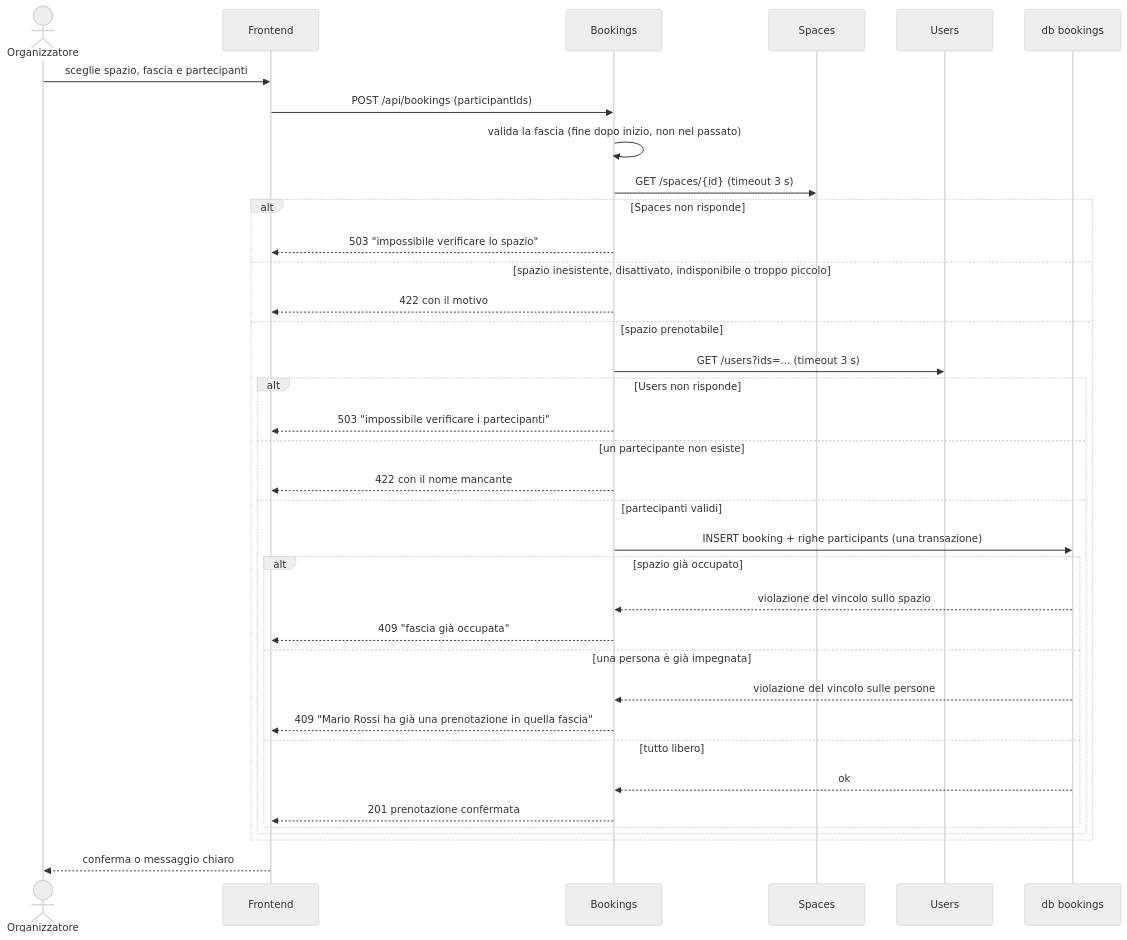
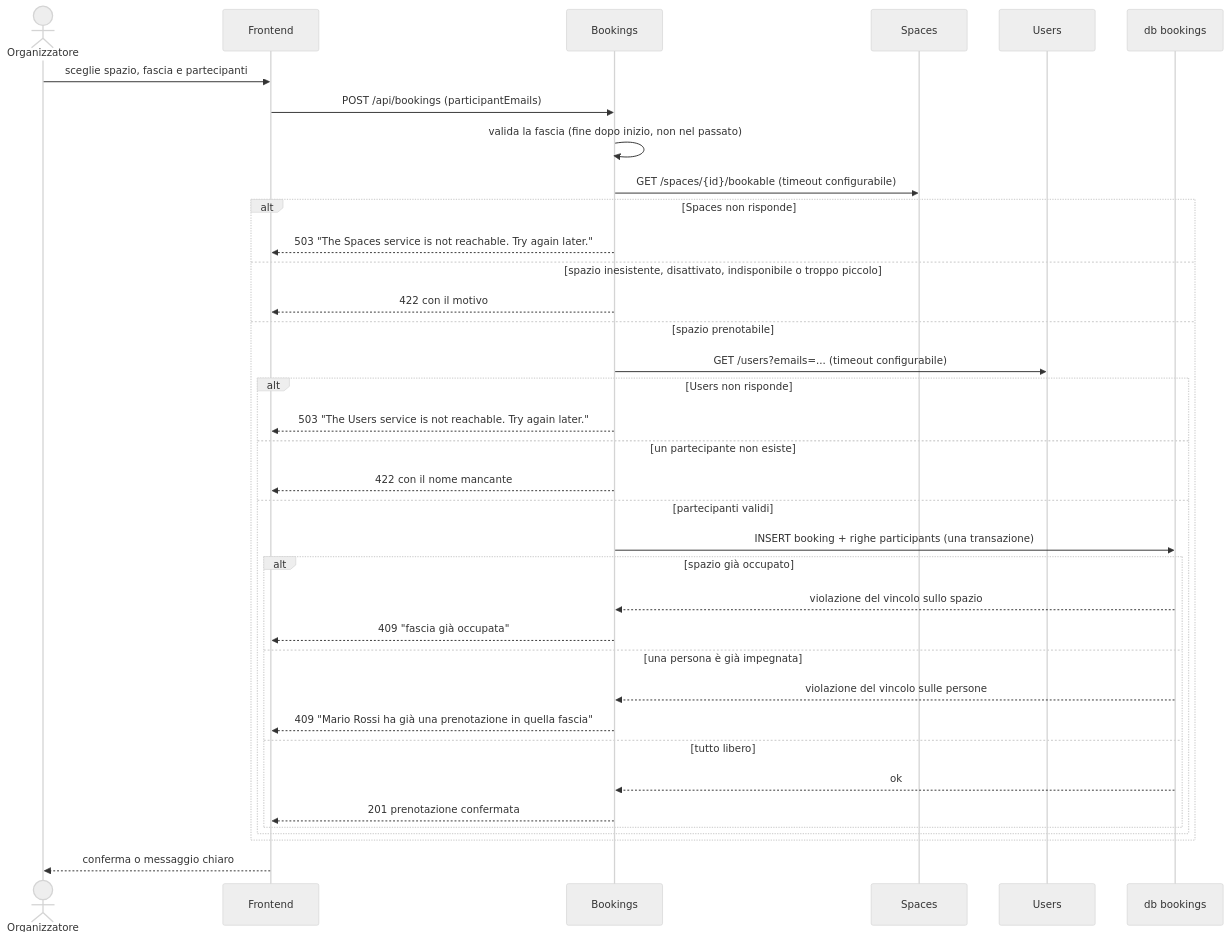
Before and after one commit to loggione-finale/smartcampus: the third of 3 diagrams in docs/architecture.md, drawn with Mermaid (neutral theme). The commit also changed other lines of this file and 6 other files, not shown here.

````diff
--- a/docs/architecture.md
+++ b/docs/architecture.md
@@ -171,38 +175,38 @@
 ```mermaid
 sequenceDiagram
     actor O as Organizzatore
     participant W as Frontend
     participant B as Bookings
     participant SP as Spaces
     participant U as Users
     participant DB as db bookings
     O->>W: sceglie spazio, fascia e partecipanti
-    W->>B: POST /api/bookings (participantIds)
+    W->>B: POST /api/bookings (participantEmails)
     B->>B: valida la fascia (fine dopo inizio, non nel passato)
-    B->>SP: GET /spaces/{id} (timeout 3 s)
+    B->>SP: GET /spaces/{id}/bookable (timeout configurabile)
     alt Spaces non risponde
-        B-->>W: 503 "impossibile verificare lo spazio"
+        B-->>W: 503 "The Spaces service is not reachable. Try again later."
     else spazio inesistente, disattivato, indisponibile o troppo piccolo
         B-->>W: 422 con il motivo
     else spazio prenotabile
-        B->>U: GET /users?ids=... (timeout 3 s)
+        B->>U: GET /users?emails=... (timeout configurabile)
         alt Users non risponde
-            B-->>W: 503 "impossibile verificare i partecipanti"
+            B-->>W: 503 "The Users service is not reachable. Try again later."
         else un partecipante non esiste
             B-->>W: 422 con il nome mancante
         else partecipanti validi
             B->>DB: INSERT booking + righe participants (una transazione)
             alt spazio già occupato
                 DB-->>B: violazione del vincolo sullo spazio
                 B-->>W: 409 "fascia già occupata"
             else una persona è già impegnata
                 DB-->>B: violazione del vincolo sulle persone
                 B-->>W: 409 "Mario Rossi ha già una prenotazione in quella fascia"
             else tutto libero
                 DB-->>B: ok
                 B-->>W: 201 prenotazione confermata
             end
         end
     end
     W-->>O: conferma o messaggio chiaro
 ```
````
